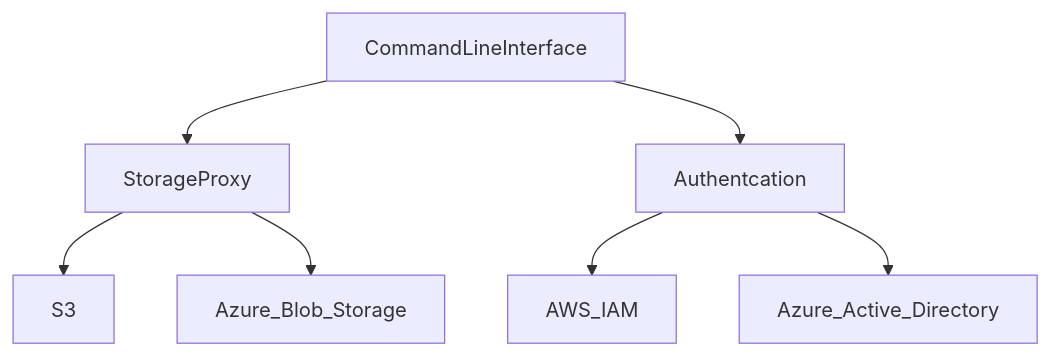
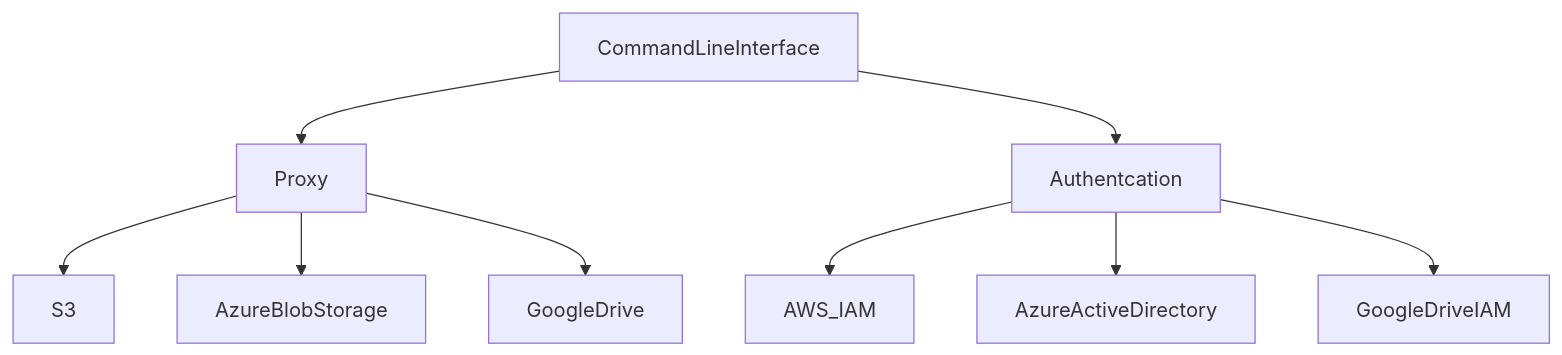
One commit to wenbinhuang9/aws-s3-sync changed the diagram in image/architecture_graph.md. Above: the diagram before and after it, drawn with Mermaid. The commit also changed 11 other files, not shown here.

````diff
--- a/image/architecture_graph.md
+++ b/image/architecture_graph.md
@@ -2,9 +2,11 @@
 ```mermaid
 graph TD;
-    CommandLineInterface-->StorageProxy;
+    CommandLineInterface-->Proxy;
     CommandLineInterface-->Authentcation;
     Authentcation-->AWS_IAM 
-    Authentcation-->Azure_Active_Directory;
-    StorageProxy-->S3;
-    StorageProxy-->Azure_Blob_Storage
+    Authentcation-->AzureActiveDirectory;
+    Authentcation-->GoogleDriveIAM
+    Proxy-->S3;
+    Proxy-->AzureBlobStorage
+    Proxy-->GoogleDrive
 ```
````
